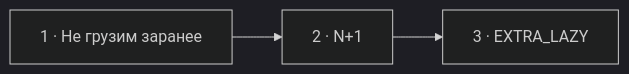
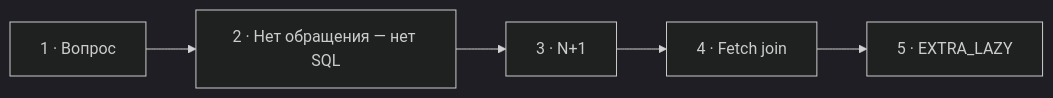
The diagram in episodes/841862-1payment/visual-plans/15-doctrine-lazy-loading.md (savinmikhail/php-backend-interview-video), drawn with Mermaid (dark theme) before and after one commit. The commit also changed other lines of this file and 6 other files, not shown here.

````diff
--- a/episodes/841862-1payment/visual-plans/15-doctrine-lazy-loading.md
+++ b/episodes/841862-1payment/visual-plans/15-doctrine-lazy-loading.md
@@ -43,4 +49,4 @@
 ```mermaid
 flowchart LR
-  L["1 · Не грузим заранее"] --> N["2 · N+1"] --> E["3 · EXTRA_LAZY"]
+  Q["1 · Вопрос"] --> L["2 · Нет обращения — нет SQL"] --> N["3 · N+1"] --> F["4 · Fetch join"] --> E["5 · EXTRA_LAZY"]
 ```
````
